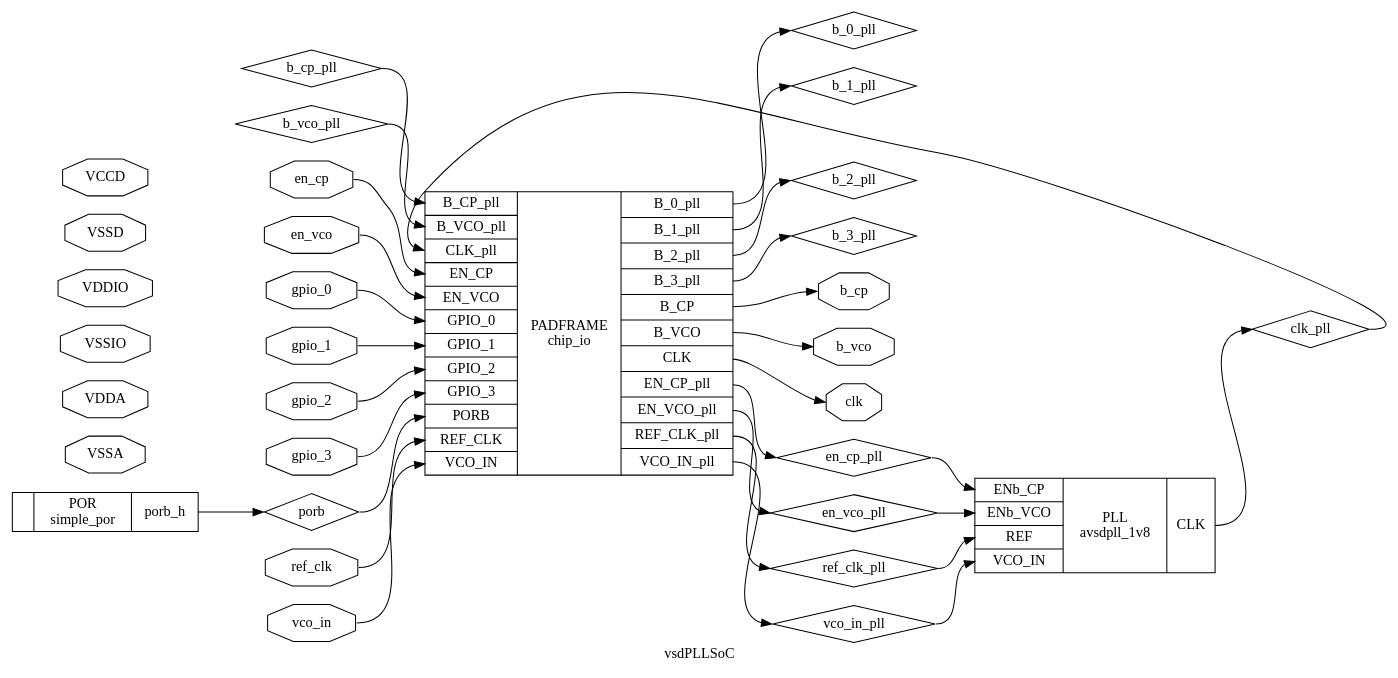
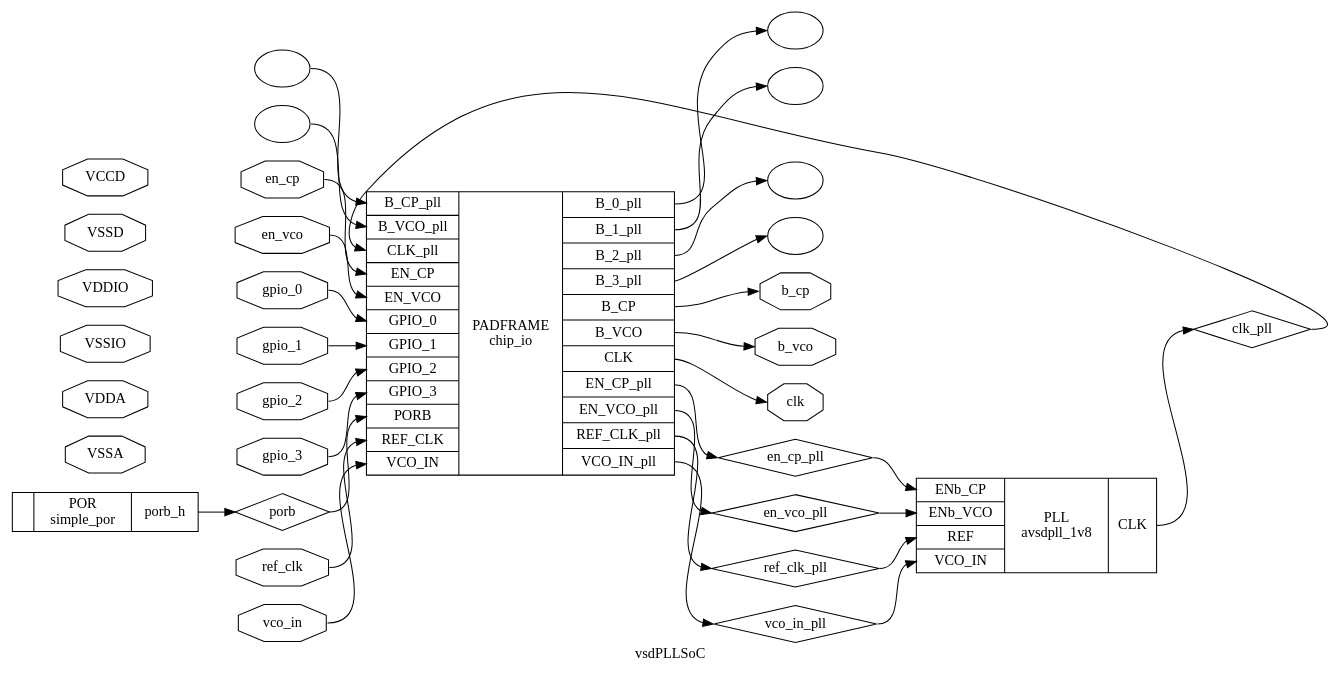
One commit to rsnkhatri3/vsdPLLSoC changed the diagram in openlane/runs/vsdPLLSoC/tmp/synthesis/hierarchy.dot. Above: the diagram before and after it, drawn with Graphviz. The commit also changed 66 other files, not shown here.

```diff
--- a/openlane/runs/vsdPLLSoC/tmp/synthesis/hierarchy.dot
+++ b/openlane/runs/vsdPLLSoC/tmp/synthesis/hierarchy.dot
@@ -1,66 +1,66 @@
 digraph "vsdPLLSoC" {
 label="vsdPLLSoC";
 rankdir="LR";
 remincross=true;
 n1 [ shape=diamond, label="porb", color="black", fontcolor="black" ];
-n2 [ shape=diamond, label="b_vco_pll", color="black", fontcolor="black" ];
-n3 [ shape=diamond, label="b_cp_pll", color="black", fontcolor="black" ];
-n4 [ shape=diamond, label="en_vco_pll", color="black", fontcolor="black" ];
-n5 [ shape=diamond, label="en_cp_pll", color="black", fontcolor="black" ];
-n6 [ shape=diamond, label="vco_in_pll", color="black", fontcolor="black" ];
-n7 [ shape=diamond, label="clk_pll", color="black", fontcolor="black" ];
-n8 [ shape=diamond, label="ref_clk_pll", color="black", fontcolor="black" ];
-n9 [ shape=diamond, label="b_0_pll", color="black", fontcolor="black" ];
-n10 [ shape=diamond, label="b_3_pll", color="black", fontcolor="black" ];
-n11 [ shape=diamond, label="b_2_pll", color="black", fontcolor="black" ];
-n12 [ shape=diamond, label="b_1_pll", color="black", fontcolor="black" ];
-n13 [ shape=octagon, label="clk", color="black", fontcolor="black" ];
-n14 [ shape=octagon, label="gpio_0", color="black", fontcolor="black" ];
-n15 [ shape=octagon, label="gpio_1", color="black", fontcolor="black" ];
-n16 [ shape=octagon, label="gpio_2", color="black", fontcolor="black" ];
-n17 [ shape=octagon, label="gpio_3", color="black", fontcolor="black" ];
-n18 [ shape=octagon, label="VSSA", color="black", fontcolor="black" ];
-n19 [ shape=octagon, label="VDDA", color="black", fontcolor="black" ];
-n20 [ shape=octagon, label="VSSIO", color="black", fontcolor="black" ];
-n21 [ shape=octagon, label="VDDIO", color="black", fontcolor="black" ];
-n22 [ shape=octagon, label="VSSD", color="black", fontcolor="black" ];
-n23 [ shape=octagon, label="VCCD", color="black", fontcolor="black" ];
-n24 [ shape=octagon, label="en_vco", color="black", fontcolor="black" ];
-n25 [ shape=octagon, label="en_cp", color="black", fontcolor="black" ];
-n26 [ shape=octagon, label="vco_in", color="black", fontcolor="black" ];
-n27 [ shape=octagon, label="b_vco", color="black", fontcolor="black" ];
-n28 [ shape=octagon, label="b_cp", color="black", fontcolor="black" ];
-n29 [ shape=octagon, label="ref_clk", color="black", fontcolor="black" ];
-c53 [ shape=record, label="{{<p30> B_CP_pll|<p31> B_VCO_pll|<p32> CLK_pll|<p33> EN_CP|<p34> EN_VCO|<p35> GPIO_0|<p36> GPIO_1|<p37> GPIO_2|<p38> GPIO_3|<p39> PORB|<p40> REF_CLK|<p41> VCO_IN}|PADFRAME\nchip_io|{<p42> B_0_pll|<p43> B_1_pll|<p44> B_2_pll|<p45> B_3_pll|<p46> B_CP|<p47> B_VCO|<p48> CLK|<p49> EN_CP_pll|<p50> EN_VCO_pll|<p51> REF_CLK_pll|<p52> VCO_IN_pll}}" ];
-c57 [ shape=record, label="{{<p54> ENb_CP|<p55> ENb_VCO|<p56> REF|<p41> VCO_IN}|PLL\navsdpll_1v8|{<p48> CLK}}" ];
-c59 [ shape=record, label="{{}|POR\nsimple_por|{<p58> porb_h}}" ];
-c59:p58:e -> n1:w [color="black", label=""];
-n1:e -> c53:p39:w [color="black", label=""];
-c53:p45:e -> n10:w [color="black", label=""];
-c53:p44:e -> n11:w [color="black", label=""];
-c53:p43:e -> n12:w [color="black", label=""];
-c53:p48:e -> n13:w [color="black", label=""];
-n14:e -> c53:p35:w [color="black", label=""];
-n15:e -> c53:p36:w [color="black", label=""];
-n16:e -> c53:p37:w [color="black", label=""];
-n17:e -> c53:p38:w [color="black", label=""];
-n2:e -> c53:p31:w [color="black", label=""];
-n24:e -> c53:p34:w [color="black", label=""];
-n25:e -> c53:p33:w [color="black", label=""];
-n26:e -> c53:p41:w [color="black", label=""];
-c53:p47:e -> n27:w [color="black", label=""];
-c53:p46:e -> n28:w [color="black", label=""];
-n29:e -> c53:p40:w [color="black", label=""];
-n3:e -> c53:p30:w [color="black", label=""];
-c53:p50:e -> n4:w [color="black", label=""];
-n4:e -> c57:p55:w [color="black", label=""];
-c53:p49:e -> n5:w [color="black", label=""];
-n5:e -> c57:p54:w [color="black", label=""];
-c53:p52:e -> n6:w [color="black", label=""];
-n6:e -> c57:p41:w [color="black", label=""];
-c57:p48:e -> n7:w [color="black", label=""];
-n7:e -> c53:p32:w [color="black", label=""];
-c53:p51:e -> n8:w [color="black", label=""];
-n8:e -> c57:p56:w [color="black", label=""];
-c53:p42:e -> n9:w [color="black", label=""];
+n2 [ shape=diamond, label="en_vco_pll", color="black", fontcolor="black" ];
+n3 [ shape=diamond, label="en_cp_pll", color="black", fontcolor="black" ];
+n4 [ shape=diamond, label="vco_in_pll", color="black", fontcolor="black" ];
+n5 [ shape=diamond, label="clk_pll", color="black", fontcolor="black" ];
+n6 [ shape=diamond, label="ref_clk_pll", color="black", fontcolor="black" ];
+n7 [ shape=octagon, label="clk", color="black", fontcolor="black" ];
+n8 [ shape=octagon, label="gpio_0", color="black", fontcolor="black" ];
+n9 [ shape=octagon, label="gpio_1", color="black", fontcolor="black" ];
+n10 [ shape=octagon, label="gpio_2", color="black", fontcolor="black" ];
+n11 [ shape=octagon, label="gpio_3", color="black", fontcolor="black" ];
+n12 [ shape=octagon, label="VSSA", color="black", fontcolor="black" ];
+n13 [ shape=octagon, label="VDDA", color="black", fontcolor="black" ];
+n14 [ shape=octagon, label="VSSIO", color="black", fontcolor="black" ];
+n15 [ shape=octagon, label="VDDIO", color="black", fontcolor="black" ];
+n16 [ shape=octagon, label="VSSD", color="black", fontcolor="black" ];
+n17 [ shape=octagon, label="VCCD", color="black", fontcolor="black" ];
+n18 [ shape=octagon, label="en_vco", color="black", fontcolor="black" ];
+n19 [ shape=octagon, label="en_cp", color="black", fontcolor="black" ];
+n20 [ shape=octagon, label="vco_in", color="black", fontcolor="black" ];
+n21 [ shape=octagon, label="b_vco", color="black", fontcolor="black" ];
+n22 [ shape=octagon, label="b_cp", color="black", fontcolor="black" ];
+n23 [ shape=octagon, label="ref_clk", color="black", fontcolor="black" ];
+v0 [ label="" ];
+v1 [ label="" ];
+v2 [ label="" ];
+v3 [ label="" ];
+v4 [ label="" ];
+v5 [ label="" ];
+c47 [ shape=record, label="{{<p24> B_CP_pll|<p25> B_VCO_pll|<p26> CLK_pll|<p27> EN_CP|<p28> EN_VCO|<p29> GPIO_0|<p30> GPIO_1|<p31> GPIO_2|<p32> GPIO_3|<p33> PORB|<p34> REF_CLK|<p35> VCO_IN}|PADFRAME\nchip_io|{<p36> B_0_pll|<p37> B_1_pll|<p38> B_2_pll|<p39> B_3_pll|<p40> B_CP|<p41> B_VCO|<p42> CLK|<p43> EN_CP_pll|<p44> EN_VCO_pll|<p45> REF_CLK_pll|<p46> VCO_IN_pll}}" ];
+c51 [ shape=record, label="{{<p48> ENb_CP|<p49> ENb_VCO|<p50> REF|<p35> VCO_IN}|PLL\navsdpll_1v8|{<p42> CLK}}" ];
+c53 [ shape=record, label="{{}|POR\nsimple_por|{<p52> porb_h}}" ];
+c53:p52:e -> n1:w [color="black", label=""];
+n1:e -> c47:p33:w [color="black", label=""];
+n10:e -> c47:p31:w [color="black", label=""];
+n11:e -> c47:p32:w [color="black", label=""];
+n18:e -> c47:p28:w [color="black", label=""];
+n19:e -> c47:p27:w [color="black", label=""];
+c47:p44:e -> n2:w [color="black", label=""];
+n2:e -> c51:p49:w [color="black", label=""];
+n20:e -> c47:p35:w [color="black", label=""];
+c47:p41:e -> n21:w [color="black", label=""];
+c47:p40:e -> n22:w [color="black", label=""];
+n23:e -> c47:p34:w [color="black", label=""];
+c47:p43:e -> n3:w [color="black", label=""];
+n3:e -> c51:p48:w [color="black", label=""];
+c47:p46:e -> n4:w [color="black", label=""];
+n4:e -> c51:p35:w [color="black", label=""];
+c51:p42:e -> n5:w [color="black", label=""];
+n5:e -> c47:p26:w [color="black", label=""];
+c47:p45:e -> n6:w [color="black", label=""];
+n6:e -> c51:p50:w [color="black", label=""];
+c47:p42:e -> n7:w [color="black", label=""];
+n8:e -> c47:p29:w [color="black", label=""];
+n9:e -> c47:p30:w [color="black", label=""];
+v0:e -> c47:p25:w [color="black", label=""];
+v1:e -> c47:p24:w [color="black", label=""];
+c47:p39:e -> v2:w [color="black", label=""];
+c47:p38:e -> v3:w [color="black", label=""];
+c47:p37:e -> v4:w [color="black", label=""];
+c47:p36:e -> v5:w [color="black", label=""];
 }
```
